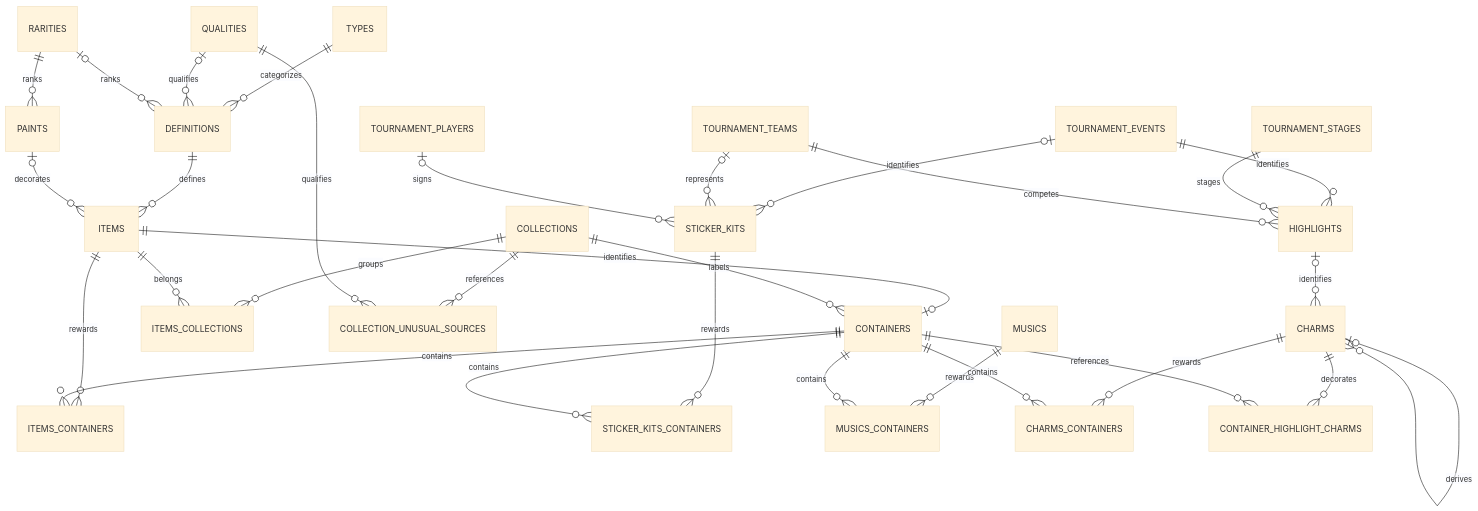
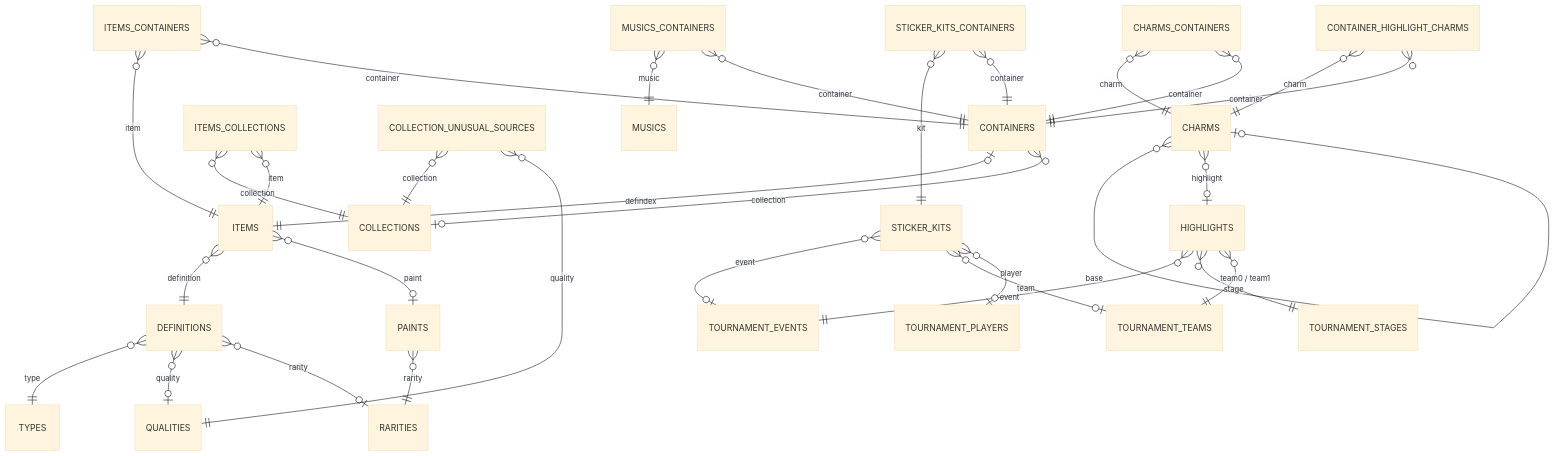
One commit to somespecialone/cs2-items-schema changed the second of 2 diagrams in README.md. Above: the diagram before and after it, drawn with Mermaid (base theme). The commit also changed other lines of this file, not shown here.

````diff
--- a/README.md
+++ b/README.md
@@ -108,33 +113,33 @@
 ```mermaid
 erDiagram
-    TYPES ||--o{ DEFINITIONS : categorizes
-    QUALITIES o|--o{ DEFINITIONS : qualifies
-    RARITIES o|--o{ DEFINITIONS : ranks
-    RARITIES ||--o{ PAINTS : ranks
-    DEFINITIONS ||--o{ ITEMS : defines
-    PAINTS o|--o{ ITEMS : decorates
-    ITEMS ||--o| CONTAINERS : identifies
-    COLLECTIONS ||--o{ ITEMS_COLLECTIONS : groups
-    ITEMS ||--o{ ITEMS_COLLECTIONS : belongs
-    COLLECTIONS ||--o{ CONTAINERS : labels
-    COLLECTIONS ||--o{ COLLECTION_UNUSUAL_SOURCES : references
-    QUALITIES ||--o{ COLLECTION_UNUSUAL_SOURCES : qualifies
-    ITEMS ||--o{ ITEMS_CONTAINERS : rewards
-    CONTAINERS ||--o{ ITEMS_CONTAINERS : contains
-    STICKER_KITS ||--o{ STICKER_KITS_CONTAINERS : rewards
-    CONTAINERS ||--o{ STICKER_KITS_CONTAINERS : contains
-    MUSICS ||--o{ MUSICS_CONTAINERS : rewards
-    CONTAINERS ||--o{ MUSICS_CONTAINERS : contains
-    CHARMS ||--o{ CHARMS_CONTAINERS : rewards
-    CONTAINERS ||--o{ CHARMS_CONTAINERS : contains
-    CHARMS ||--o{ CONTAINER_HIGHLIGHT_CHARMS : decorates
-    CONTAINERS ||--o{ CONTAINER_HIGHLIGHT_CHARMS : references
-    CHARMS o|--o{ CHARMS : derives
-    HIGHLIGHTS o|--o{ CHARMS : identifies
-    TOURNAMENT_EVENTS ||--o{ HIGHLIGHTS : identifies
-    TOURNAMENT_STAGES ||--o{ HIGHLIGHTS : stages
-    TOURNAMENT_TEAMS ||--o{ HIGHLIGHTS : competes
-    TOURNAMENT_EVENTS o|--o{ STICKER_KITS : identifies
-    TOURNAMENT_TEAMS o|--o{ STICKER_KITS : represents
-    TOURNAMENT_PLAYERS o|--o{ STICKER_KITS : signs
+    DEFINITIONS }o--|| TYPES : type
+    DEFINITIONS }o--o| QUALITIES : quality
+    DEFINITIONS }o--o| RARITIES : rarity
+    PAINTS }o--|| RARITIES : rarity
+    ITEMS }o--|| DEFINITIONS : definition
+    ITEMS }o--o| PAINTS : paint
+    CONTAINERS o|--|| ITEMS : defindex
+    ITEMS_COLLECTIONS }o--|| COLLECTIONS : collection
+    ITEMS_COLLECTIONS }o--|| ITEMS : item
+    CONTAINERS }o--o| COLLECTIONS : collection
+    COLLECTION_UNUSUAL_SOURCES }o--|| COLLECTIONS : collection
+    COLLECTION_UNUSUAL_SOURCES }o--|| QUALITIES : quality
+    ITEMS_CONTAINERS }o--|| ITEMS : item
+    ITEMS_CONTAINERS }o--|| CONTAINERS : container
+    STICKER_KITS_CONTAINERS }o--|| STICKER_KITS : kit
+    STICKER_KITS_CONTAINERS }o--|| CONTAINERS : container
+    MUSICS_CONTAINERS }o--|| MUSICS : music
+    MUSICS_CONTAINERS }o--|| CONTAINERS : container
+    CHARMS_CONTAINERS }o--|| CHARMS : charm
+    CHARMS_CONTAINERS }o--|| CONTAINERS : container
+    CONTAINER_HIGHLIGHT_CHARMS }o--|| CHARMS : charm
+    CONTAINER_HIGHLIGHT_CHARMS }o--|| CONTAINERS : container
+    CHARMS }o--o| CHARMS : base
+    CHARMS }o--o| HIGHLIGHTS : highlight
+    HIGHLIGHTS }o--|| TOURNAMENT_EVENTS : event
+    HIGHLIGHTS }o--|| TOURNAMENT_STAGES : stage
+    HIGHLIGHTS }o--|| TOURNAMENT_TEAMS : "team0 / team1"
+    STICKER_KITS }o--o| TOURNAMENT_EVENTS : event
+    STICKER_KITS }o--o| TOURNAMENT_TEAMS : team
+    STICKER_KITS }o--o| TOURNAMENT_PLAYERS : player
 ```
````
